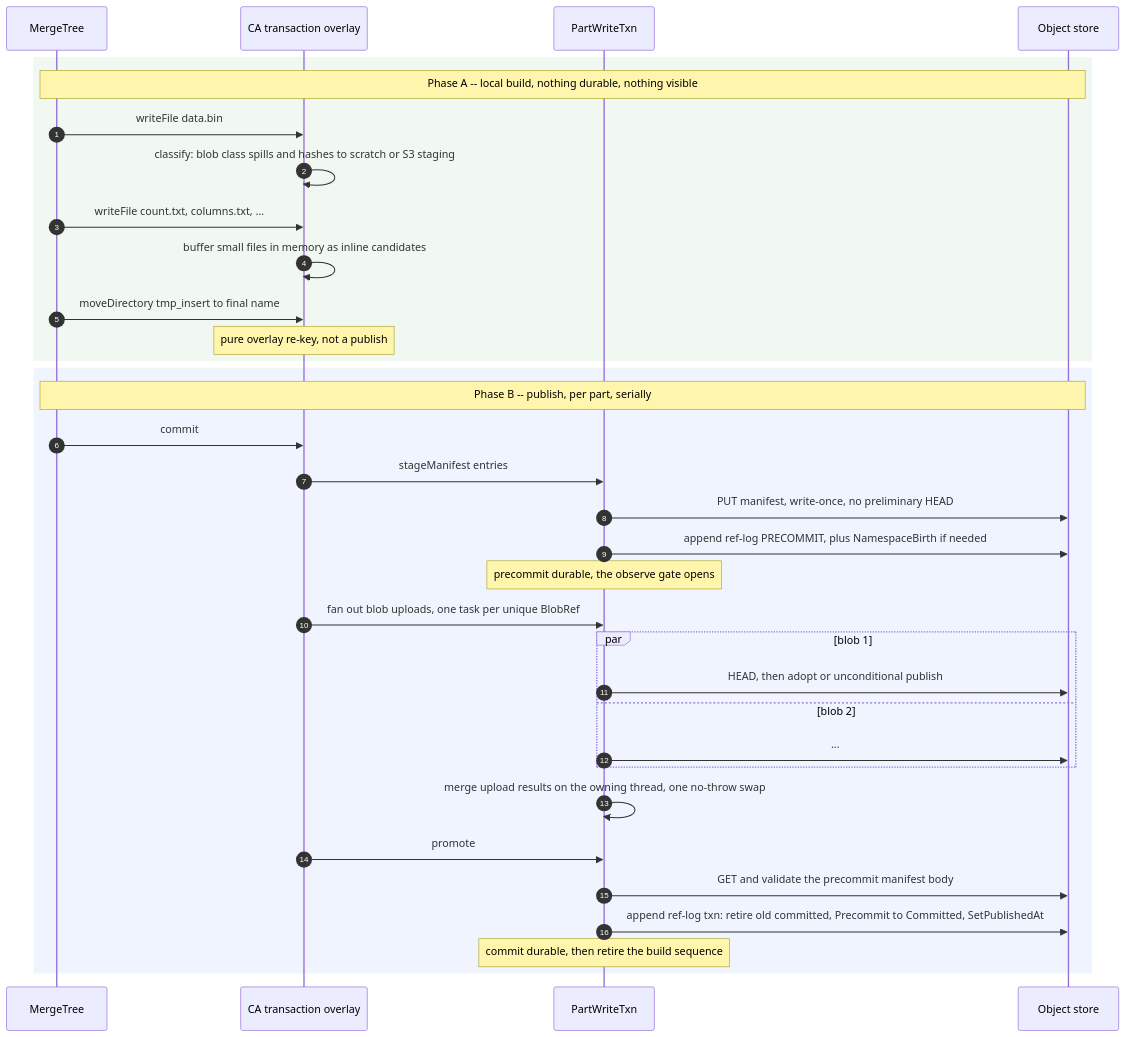
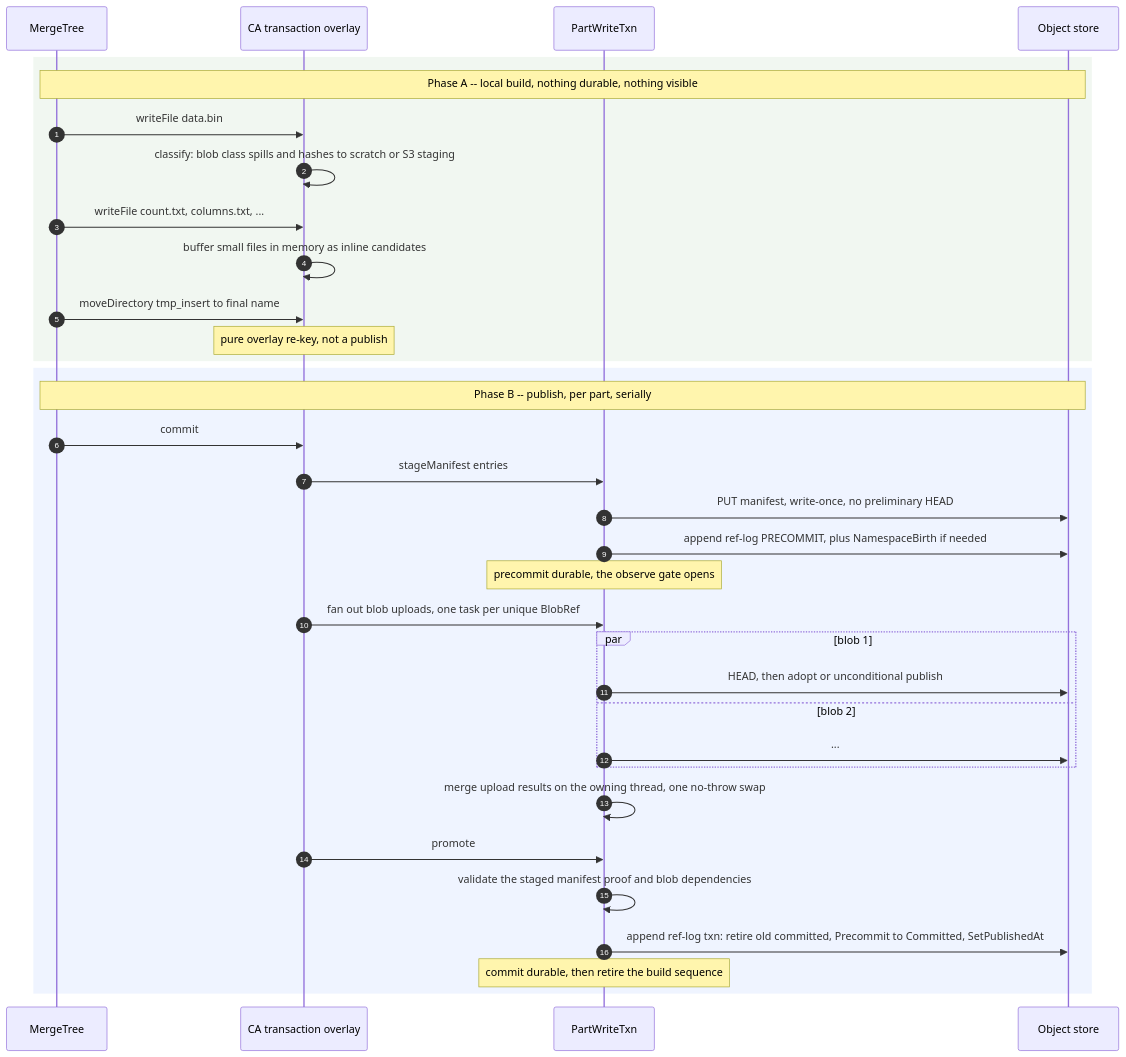
One commit to Altinity/ClickHouse changed the diagram in docs/en/antalya/cas/architecture/part-lifecycle.md. Above: the diagram before and after it, drawn with Mermaid. The commit also changed other lines of this file and 3 other files, not shown here.

````diff
--- a/docs/en/antalya/cas/architecture/part-lifecycle.md
+++ b/docs/en/antalya/cas/architecture/part-lifecycle.md
@@ -23,38 +23,38 @@
 ```mermaid
 sequenceDiagram
     autonumber
     participant MT as MergeTree
     participant TX as CA transaction overlay
     participant PW as PartWriteTxn
     participant S3 as Object store
 
     rect rgba(140,190,140,0.12)
     Note over MT,S3: Phase A -- local build, nothing durable, nothing visible
     MT->>TX: writeFile data.bin
     TX->>TX: classify: blob class spills and hashes to scratch or S3 staging
     MT->>TX: writeFile count.txt, columns.txt, ...
     TX->>TX: buffer small files in memory as inline candidates
     MT->>TX: moveDirectory tmp_insert to final name
     Note over TX: pure overlay re-key, not a publish
     end
 
     rect rgba(120,160,255,0.12)
     Note over MT,S3: Phase B -- publish, per part, serially
     MT->>TX: commit
     TX->>PW: stageManifest entries
     PW->>S3: PUT manifest, write-once, no preliminary HEAD
     PW->>S3: append ref-log PRECOMMIT, plus NamespaceBirth if needed
     Note over PW: precommit durable, the observe gate opens
     TX->>PW: fan out blob uploads, one task per unique BlobRef
     par blob 1
         PW->>S3: HEAD, then adopt or unconditional publish
     and blob 2
         PW->>S3: ...
     end
     PW->>PW: merge upload results on the owning thread, one no-throw swap
     TX->>PW: promote
-    PW->>S3: GET and validate the precommit manifest body
+    PW->>PW: validate the staged manifest proof and blob dependencies
     PW->>S3: append ref-log txn: retire old committed, Precommit to Committed, SetPublishedAt
     Note over PW: commit durable, then retire the build sequence
     end
 ```
````
